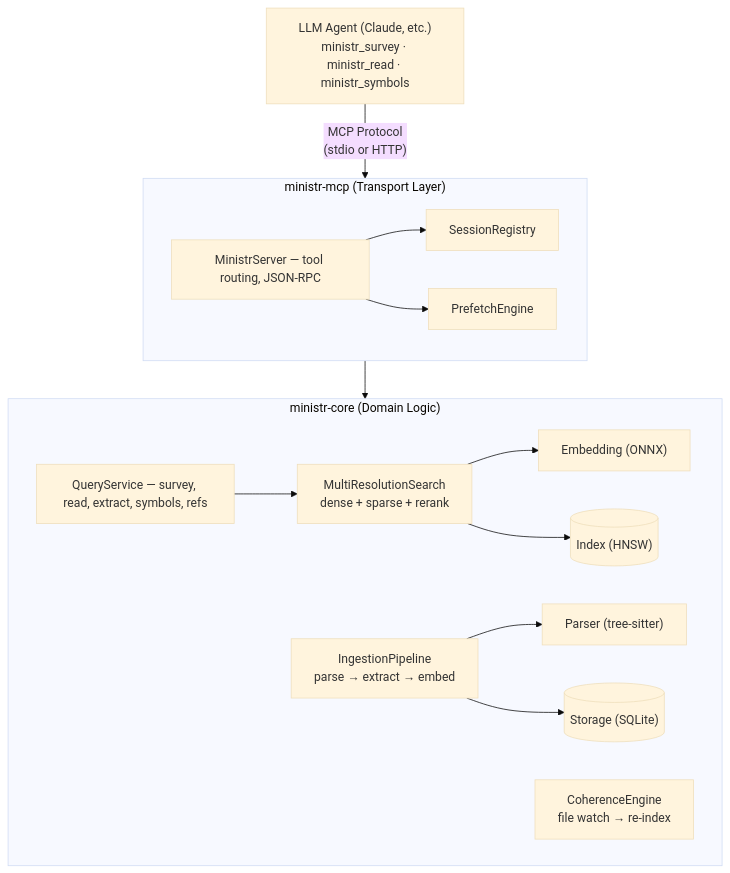
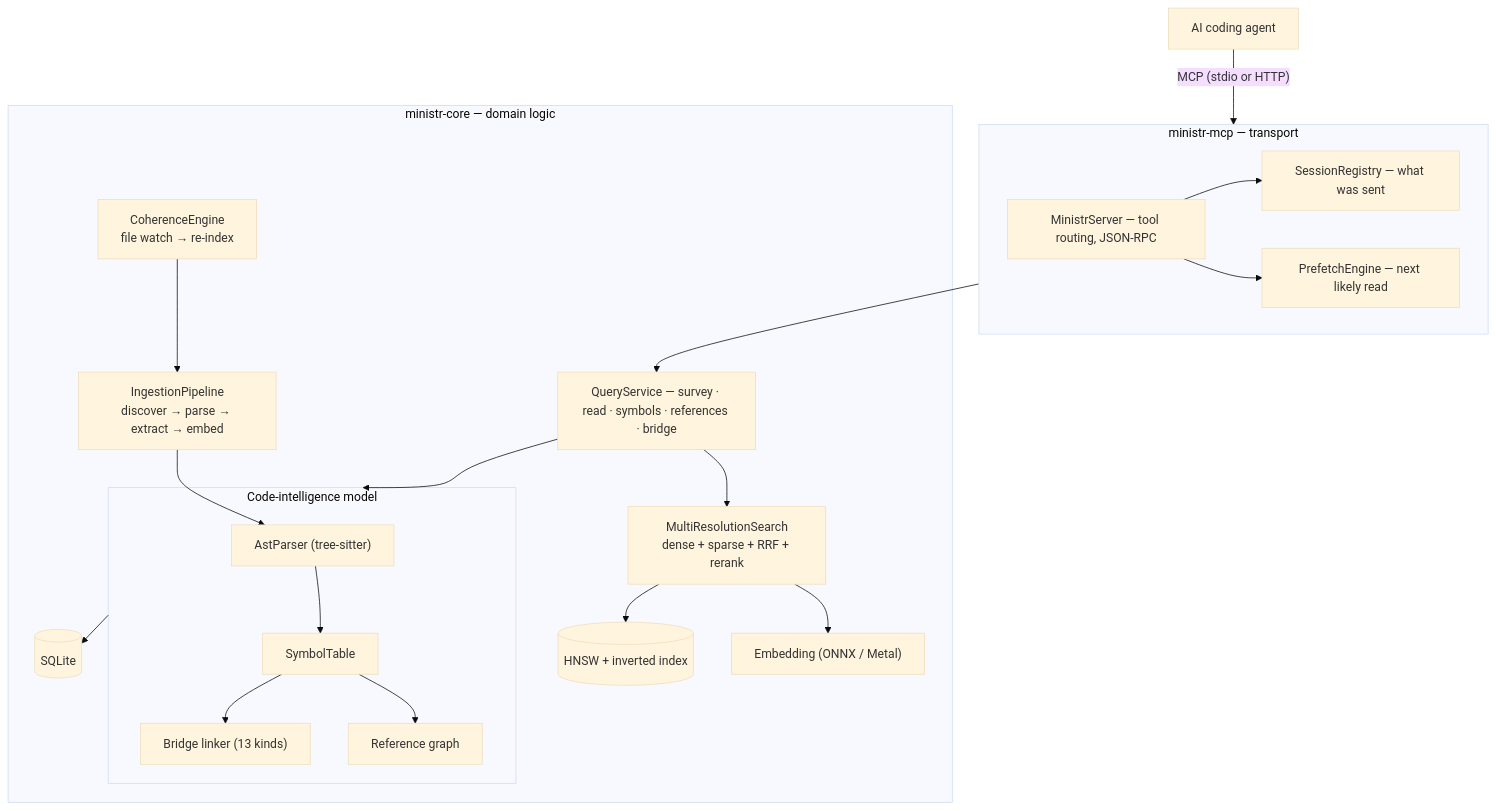
One commit to OlsonSoftware/ministr changed the first of 2 diagrams in docs-next/content/docs/architecture-deep-dive.mdx. Above: the diagram before and after it, drawn with Mermaid (base theme). The commit also changed other lines of this file and 2 other files, not shown here.

````diff
--- a/docs-next/content/docs/architecture-deep-dive.mdx
+++ b/docs-next/content/docs/architecture-deep-dive.mdx
@@ -19,32 +18,44 @@
 ```mermaid
 flowchart TB
-  agent["LLM Agent (Claude, etc.)<br/>ministr_survey · ministr_read · ministr_symbols"]
+  agent["AI coding agent"]
 
-  subgraph mcp["ministr-mcp (Transport Layer)"]
+  subgraph mcp["ministr-mcp — transport"]
     server["MinistrServer — tool routing, JSON-RPC"]
-    sessions["SessionRegistry"]
-    prefetch["PrefetchEngine"]
+    sessions["SessionRegistry — what was sent"]
+    prefetch["PrefetchEngine — next likely read"]
     server --> sessions
     server --> prefetch
   end
 
-  subgraph core["ministr-core (Domain Logic)"]
-    query["QueryService — survey, read, extract, symbols, refs"]
-    search["MultiResolutionSearch<br/>dense + sparse + rerank"]
-    ingest["IngestionPipeline<br/>parse → extract → embed"]
+  subgraph core["ministr-core — domain logic"]
+    query["QueryService — survey · read · symbols · references · bridge"]
+
+    subgraph intel["Code-intelligence model"]
+      parser["AstParser (tree-sitter)"]
+      symtab["SymbolTable"]
+      refgraph["Reference graph"]
+      bridge["Bridge linker (13 kinds)"]
+      parser --> symtab
+      symtab --> refgraph
+      symtab --> bridge
+    end
+
+    search["MultiResolutionSearch<br/>dense + sparse + RRF + rerank"]
+    ingest["IngestionPipeline<br/>discover → parse → extract → embed"]
     coherence["CoherenceEngine<br/>file watch → re-index"]
-    embed["Embedding (ONNX)"]
-    storage[("Storage (SQLite)")]
-    index[("Index (HNSW)")]
-    parser["Parser (tree-sitter)"]
+    embed["Embedding (ONNX / Metal)"]
+    storage[("SQLite")]
+    index[("HNSW + inverted index")]
 
+    query --> intel
     query --> search
     search --> embed
     search --> index
     ingest --> parser
-    ingest --> storage
+    intel --> storage
+    coherence --> ingest
   end
 
-  agent -->|"MCP Protocol<br/>(stdio or HTTP)"| mcp
-  mcp --> core
+  agent -->|"MCP (stdio or HTTP)"| mcp
+  mcp --> query
 ```
````
